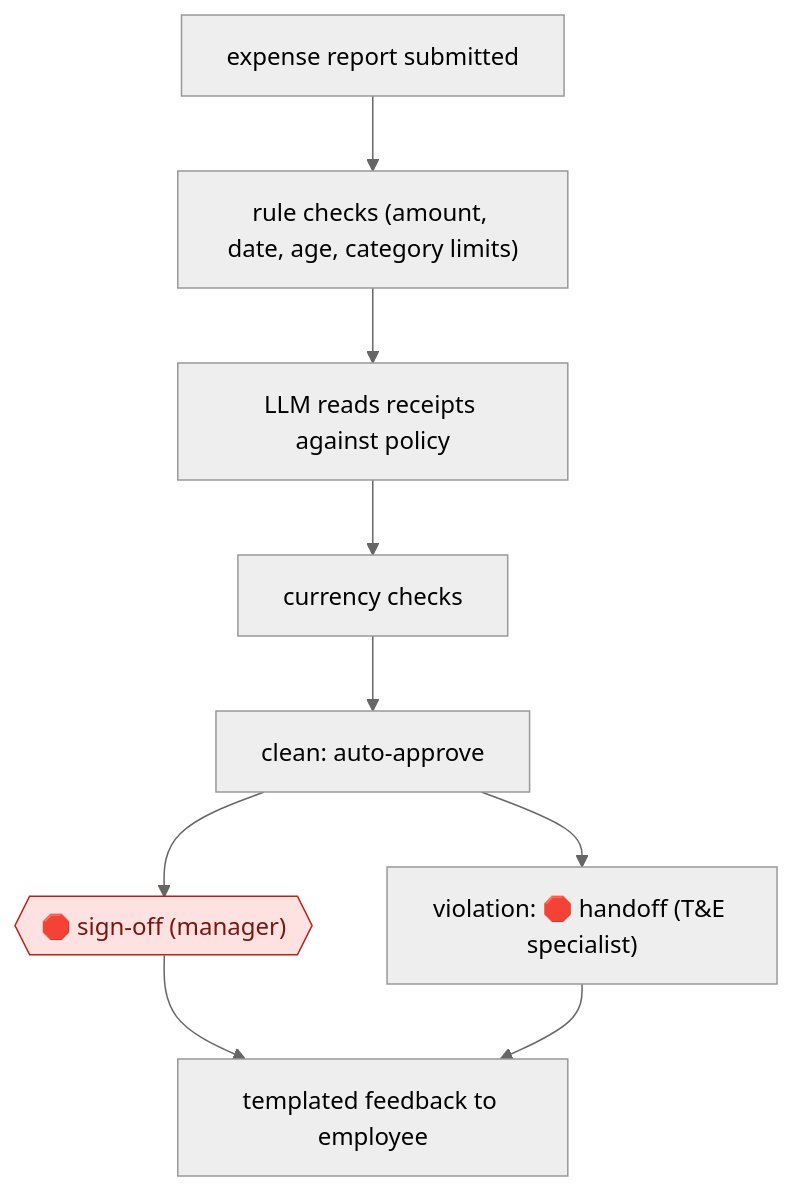
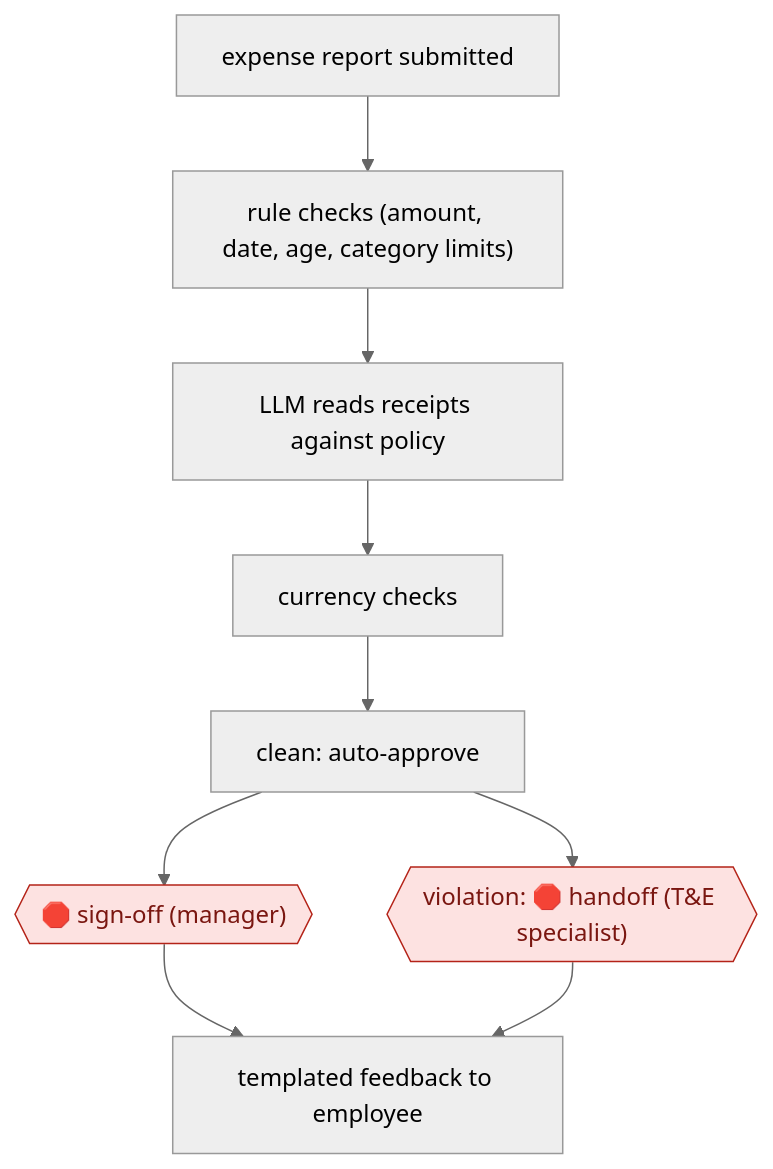
The diagram in workflows/ORG/BIZ/ADMIN/policy-checked-expense-audit/README.md (milesradford99/agent-workflow-atlas), drawn with Mermaid (neutral theme) before and after one commit. The commit also changed 171 other files, not shown here.

````diff
--- a/workflows/ORG/BIZ/ADMIN/policy-checked-expense-audit/README.md
+++ b/workflows/ORG/BIZ/ADMIN/policy-checked-expense-audit/README.md
@@ -31,20 +31,20 @@
 ```mermaid
 flowchart TD
   n1["expense report submitted"]
   n2["rule checks (amount, date, age, category limits)"]
+  n3["LLM reads receipts against policy"]
+  n4["currency checks"]
+  n5["clean: auto-approve"]
+  n6{{"🛑 sign-off (manager)"}}:::stop
+  n7{{"violation: 🛑 handoff (T&E specialist)"}}:::stop
+  n8["templated feedback to employee"]
   n1 --> n2
-  n3["LLM reads receipts against policy"]
   n2 --> n3
-  n4["currency checks"]
   n3 --> n4
-  n5["clean: auto-approve"]
   n4 --> n5
-  n6{{"🛑 sign-off (manager)"}}:::stop
   n5 --> n6
-  n7["violation: 🛑 handoff (T&E specialist)"]
   n5 --> n7
-  n8["templated feedback to employee"]
   n6 --> n8
   n7 --> n8
   classDef stop fill:#fde2e1,stroke:#b42318,color:#7a1610
 ```
````
